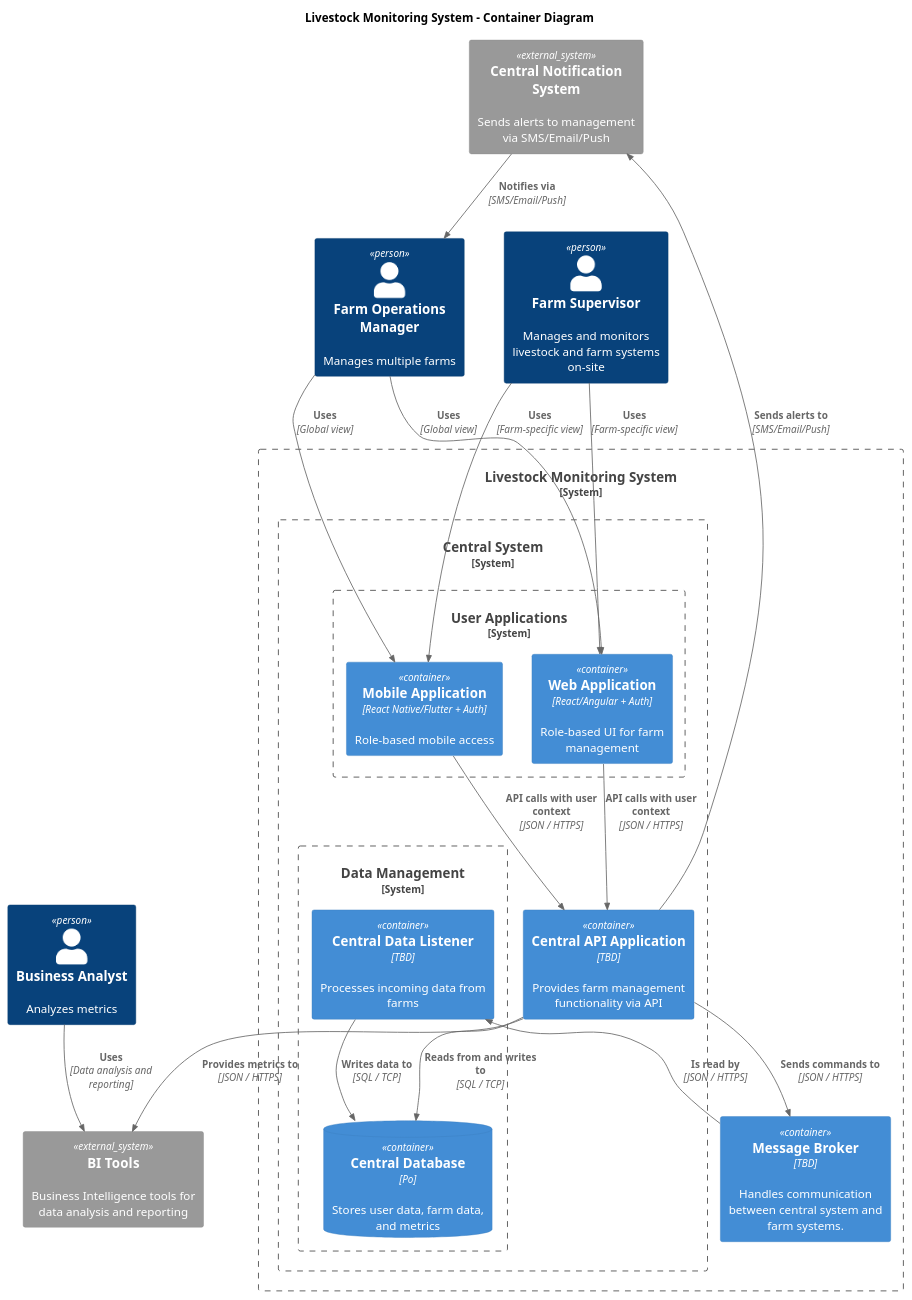
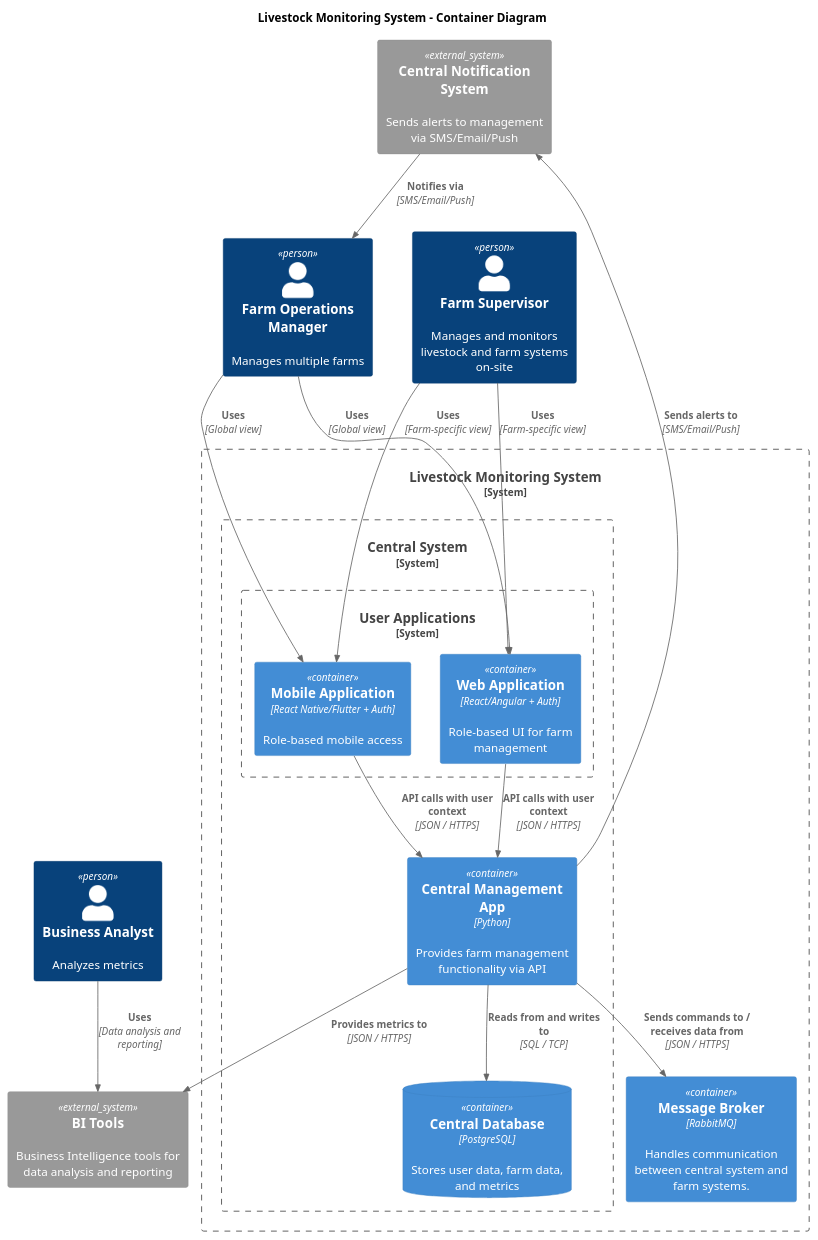
One commit to WowSoLaggy/MSA-AgroTech changed the diagram in Task2/container_central.puml. Above: the diagram before and after it, drawn with PlantUML. The commit also changed 2 other files, not shown here.

Commit message:
(*) Finalized container diagrams

```diff
--- a/Task2/container_central.puml
+++ b/Task2/container_central.puml
@@ -1,61 +1,55 @@
-@startuml container.puml
+@startuml container_central.puml
 title Livestock Monitoring System - Container Diagram
 
 top to bottom direction
 
 !includeurl https://raw.githubusercontent.com/RicardoNiepel/C4-PlantUML/master/C4_Component.puml
 
 ' Actors
 
 Person(farm_manager, "Farm Operations Manager", "Manages multiple farms")
 Person(farm_supervisor, "Farm Supervisor", "Manages and monitors livestock and farm systems on-site")
 Person(ba, "Business Analyst", "Analyzes metrics")
 
 ' External Systems
 
 System_Ext(bi_tools_ext, "BI Tools", "Business Intelligence tools for data analysis and reporting")
 System_Ext(central_notification_ext, "Central Notification System", "Sends alerts to management via SMS/Email/Push")
 
 ' LMS
 
 System_Boundary(lms_boundary, "Livestock Monitoring System") {
 
-  Container(broker, "Message Broker", "TBD", "Handles communication between central system and farm systems.")
+  Container(broker, "Message Broker", "RabbitMQ", "Handles communication between central system and farm systems.")
 
   ' Central System Boundary
 
   System_Boundary(system_central, "Central System") {
     System_Boundary(user_apps_boundary, "User Applications") {
       Container(web_app, "Web Application", "React/Angular + Auth", "Role-based UI for farm management")
       Container(mobile_app, "Mobile Application", "React Native/Flutter + Auth", "Role-based mobile access")
     }
-    Container(api_central, "Central API Application", "TBD", "Provides farm management functionality via API")
-    System_Boundary(data_central_boundary, "Data Management") {
-      Container(data_listener_central, "Central Data Listener", "TBD", "Processes incoming data from farms")
-      ContainerDb(db_central, "Central Database", "Po", "Stores user data, farm data, and metrics")
-    }
+    Container(api_central, "Central Management App", "Python", "Provides farm management functionality via API")
+    ContainerDb(db_central, "Central Database", "PostgreSQL", "Stores user data, farm data, and metrics")
 
     Rel(farm_manager, web_app, "Uses", "Global view")
     Rel(farm_manager, mobile_app, "Uses", "Global view")
     
     Rel(farm_supervisor, web_app, "Uses", "Farm-specific view")
     Rel(farm_supervisor, mobile_app, "Uses", "Farm-specific view")
 
     Rel(web_app, api_central, "API calls with user context", "JSON / HTTPS")
     Rel(mobile_app, api_central, "API calls with user context", "JSON / HTTPS")
     Rel(api_central, db_central, "Reads from and writes to", "SQL / TCP")
 
     Rel(api_central, bi_tools_ext, "Provides metrics to", "JSON / HTTPS")
     Rel(api_central, central_notification_ext, "Sends alerts to", "SMS/Email/Push")
-    Rel(api_central, broker, "Sends commands to", "JSON / HTTPS")
-
-    Rel(broker, data_listener_central, "Is read by", "JSON / HTTPS")
-    Rel(data_listener_central, db_central, "Writes data to", "SQL / TCP")
+    Rel(api_central, broker, "Sends commands to / receives data from", "JSON / HTTPS")
   }
 }
 
 Rel(ba, bi_tools_ext, "Uses", "Data analysis and reporting")
 Rel(central_notification_ext, farm_manager, "Notifies via", "SMS/Email/Push")
 
 
 @enduml
```
